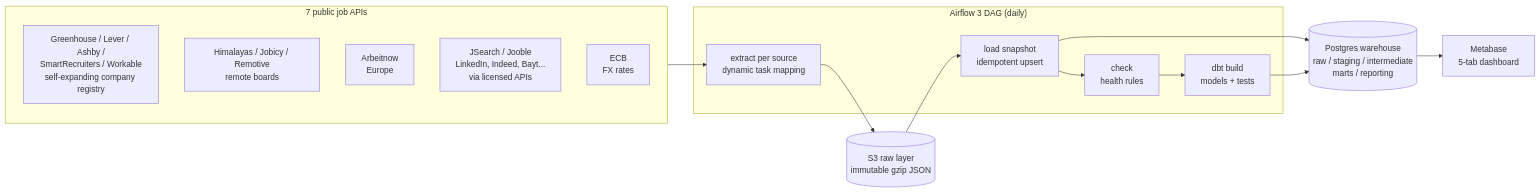
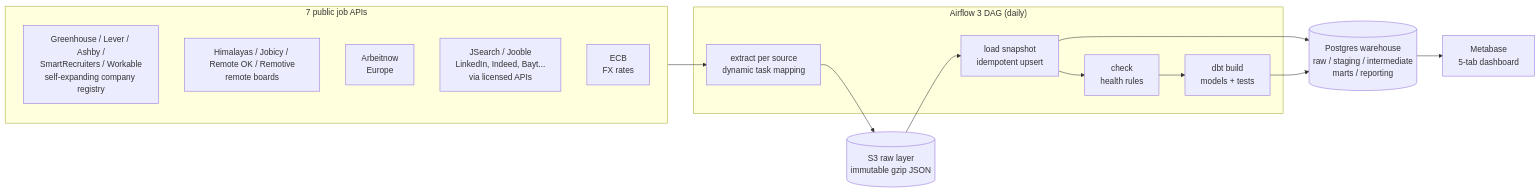
Before and after one commit to moamenmoussa172/job-market-radar: the first of 2 diagrams in README.md, drawn with Mermaid. The commit also changed other lines of this file and 19 other files, not shown here.

````diff
--- a/README.md
+++ b/README.md
@@ -83,22 +83,22 @@
 ```mermaid
 flowchart LR
     subgraph Sources["7 public job APIs"]
         A1[Greenhouse / Lever / Ashby /<br/>SmartRecruiters / Workable<br/>self-expanding company registry]
-        A2[Himalayas / Jobicy / Remotive<br/>remote boards]
+        A2[Himalayas / Jobicy / Remote OK / Remotive<br/>remote boards]
         A3[Arbeitnow<br/>Europe]
         A5[JSearch / Jooble<br/>LinkedIn, Indeed, Bayt...<br/>via licensed APIs]
         A4[ECB<br/>FX rates]
     end
     subgraph Airflow["Airflow 3 DAG (daily)"]
         E[extract per source<br/>dynamic task mapping]
         L[load snapshot<br/>idempotent upsert]
         C[check<br/>health rules]
         D[dbt build<br/>models + tests]
     end
     S3[(S3 raw layer<br/>immutable gzip JSON)]
     PG[(Postgres warehouse<br/>raw / staging / intermediate<br/>marts / reporting)]
     MB[Metabase<br/>5-tab dashboard]
 
     Sources --> E --> S3 --> L --> PG
     L --> C --> D --> PG --> MB
 ```
````
